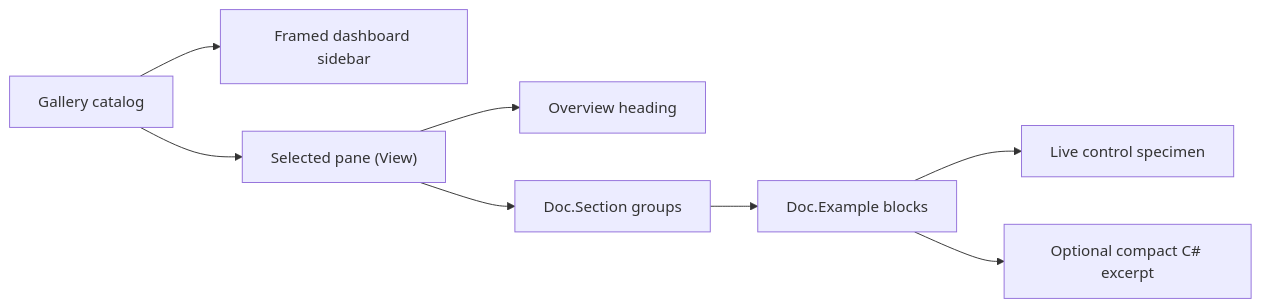
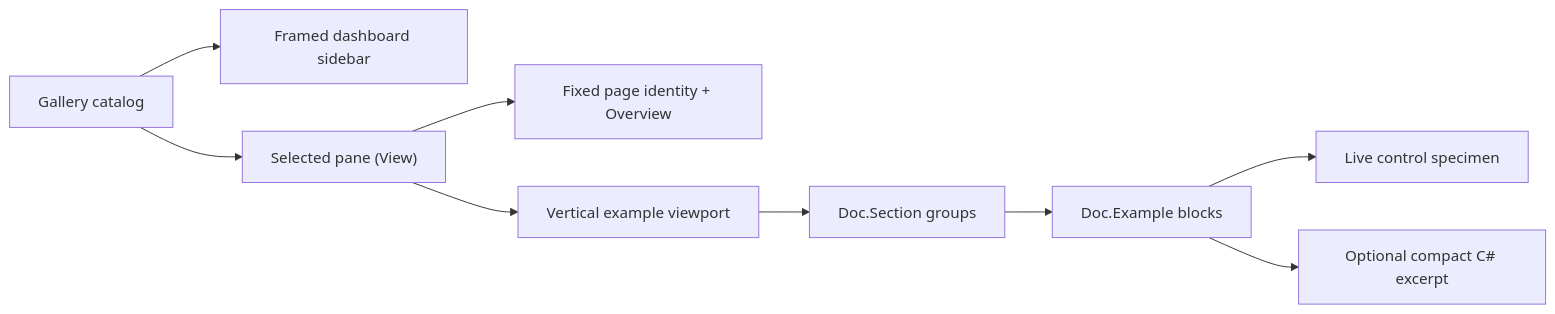
One commit to pavkam/sharp-vision changed the diagram in docs/architecture/showcase.md. Above: the diagram before and after it, drawn with Mermaid. The commit also changed other lines of this file and 6 other files, not shown here.

````diff
--- a/docs/architecture/showcase.md
+++ b/docs/architecture/showcase.md
@@ -8,10 +8,11 @@
 ```mermaid
 flowchart LR
     Gallery["Gallery catalog"] --> Sidebar["Framed dashboard sidebar"]
     Gallery --> Page["Selected pane (View)"]
-    Page --> Overview["Overview heading"]
-    Page --> Section["Doc.Section groups"]
+    Page --> Header["Fixed page identity + Overview"]
+    Page --> Body["Vertical example viewport"]
+    Body --> Section["Doc.Section groups"]
     Section --> Example["Doc.Example blocks"]
     Example --> Specimen["Live control specimen"]
     Example --> Source["Optional compact C# excerpt"]
 ```
````
